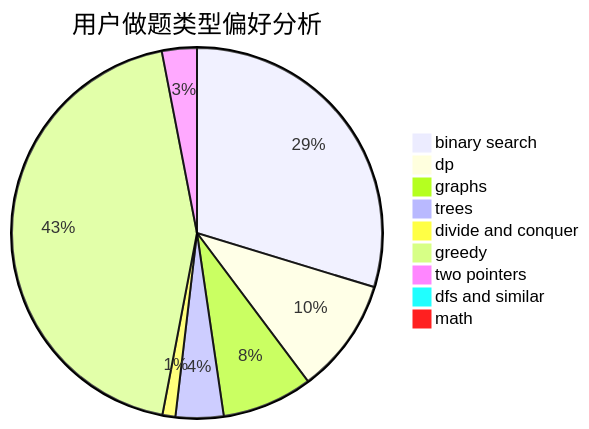
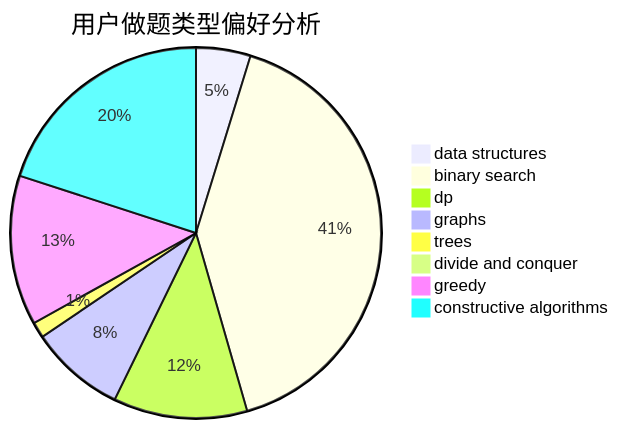
The second of 3 diagrams in docs/user/u2079.md (sherpahu/cfrs.github.io), drawn with Mermaid before and after one commit. The commit also changed other lines of this file and 2775 other files, not shown here.

````diff
--- a/docs/user/u2079.md
+++ b/docs/user/u2079.md
@@ -23,12 +23,11 @@
 ```mermaid
 pie title 用户做题类型偏好分析
-    "binary search" :  263
-    "dp" :  89
-    "graphs" :  70
-    "trees" :  37
-    "divide and conquer" :  10
-    "greedy" :  389
-    "two pointers" :  27
-    "dfs and similar" :  9
-    "math" :  9
+    "data structures" :  24
+    "binary search" :  206
+    "dp" :  59
+    "graphs" :  42
+    "trees" :  7
+    "divide and conquer" :  0
+    "greedy" :  66
+    "constructive algorithms" :  101
 ```
````
